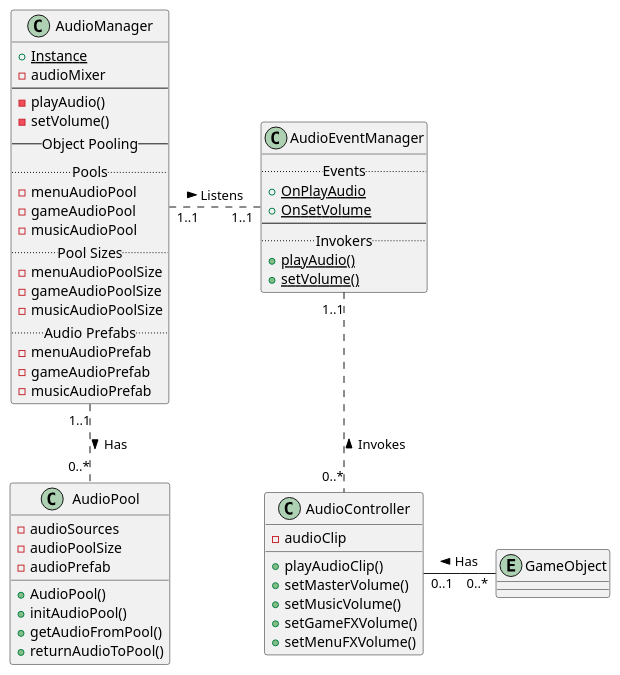
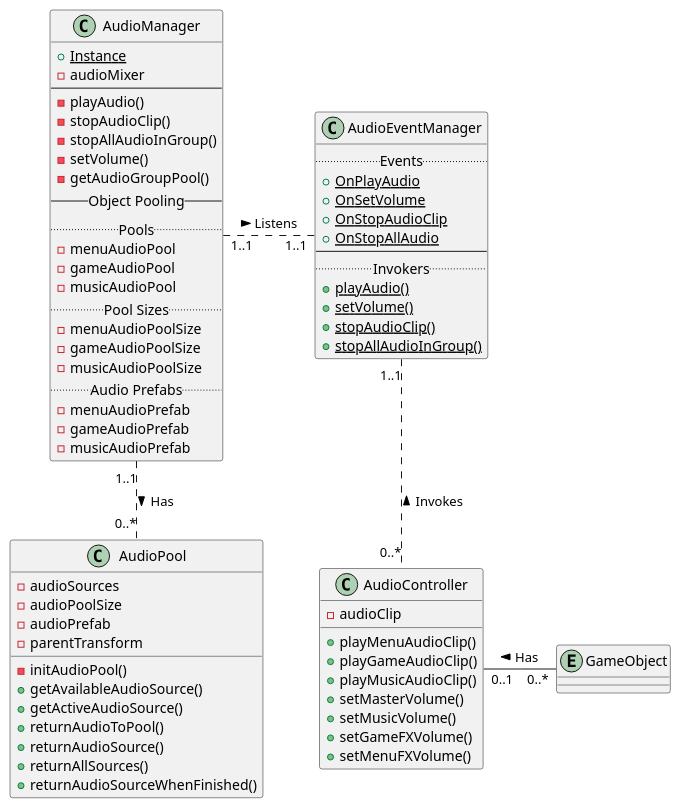
One commit to jskelly2021/Journey changed the diagram in UML/audiosystem.iuml. Above: the diagram before and after it, drawn with PlantUML. The commit also changed 2 other files, not shown here.

Commit message:
Updated UML for audioSystem

```diff
--- a/UML/audiosystem.iuml
+++ b/UML/audiosystem.iuml
@@ -1,59 +1,72 @@
 @startuml inputsystem
 class AudioManager {
     {static} +Instance
     -audioMixer
     ---
     -playAudio()
+    -stopAudioClip()
+    -stopAllAudioInGroup()
     -setVolume()
+    -getAudioGroupPool()
     --Object Pooling--
     ..Pools..
     -menuAudioPool
     -gameAudioPool
     -musicAudioPool
     ..Pool Sizes..
     -menuAudioPoolSize
     -gameAudioPoolSize
     -musicAudioPoolSize
     ..Audio Prefabs..
     -menuAudioPrefab
     -gameAudioPrefab
     -musicAudioPrefab
 }
 
 class AudioPool {
     -audioSources
     -audioPoolSize
     -audioPrefab
-    +AudioPool()
-    +initAudioPool()
-    +getAudioFromPool()
+    -parentTransform
+    -initAudioPool()
+    +getAvailableAudioSource()
+    +getActiveAudioSource()
     +returnAudioToPool()
+    +returnAudioSource()
+    +returnAllSources()
+    +returnAudioSourceWhenFinished()
 }
 
 class AudioController {
     -audioClip
-    +playAudioClip()
+    +playMenuAudioClip()
+    +playGameAudioClip()
+    +playMusicAudioClip()
     +setMasterVolume()
     +setMusicVolume()
     +setGameFXVolume()
     +setMenuFXVolume()
 }
 
 class AudioEventManager {
     ..Events..
     {static} +OnPlayAudio
     {static} +OnSetVolume
+    {static} +OnStopAudioClip
+    {static} +OnStopAllAudio
     ---
     ..Invokers..
     {static} +playAudio()
     {static} +setVolume()
+    {static} +stopAudioClip()
+    {static} +stopAllAudioInGroup()
 }
 
 entity GameObject
 
 AudioManager       "1..1"    .right.    "1..1"    AudioEventManager    : "Listens >"
 AudioManager       "1..1"    .down.     "0..*"    AudioPool            : "Has >"
 AudioController    "0..*"    .up.       "1..1"    AudioEventManager    : "Invokes >"
 AudioController    "0..1"    -right-    "0..*"    GameObject           : "Has <"
 
 @enduml
```
